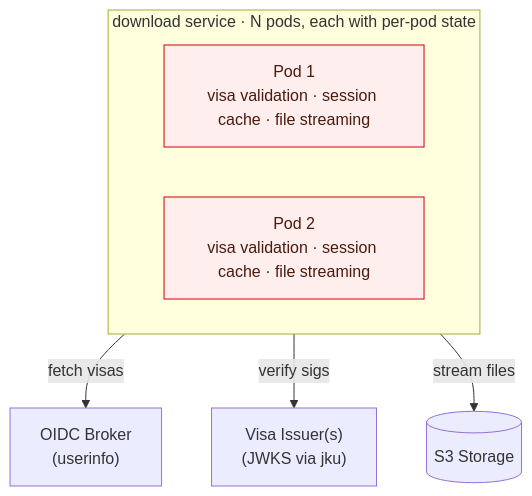
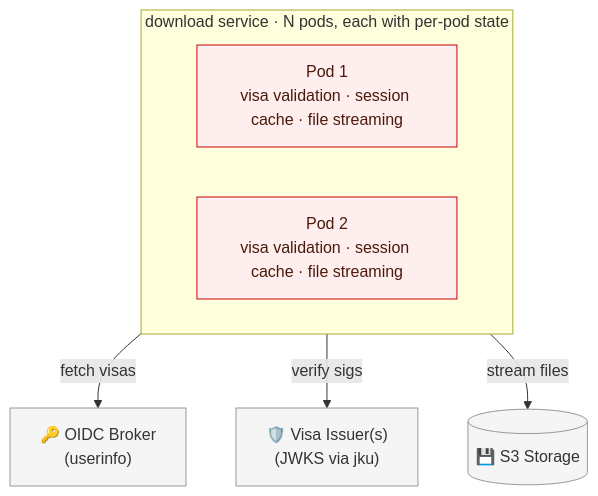
The first of 2 diagrams in docs/decisions/0004-separate-passport-clearinghouse-service.md (neicnordic/sensitive-data-archive), drawn with Mermaid before and after one commit. The commit also changed other lines of this file, not shown here.

First line of the commit message:
docs(adr): improve Mermaid diagrams in ADR-0004

````diff
--- a/docs/decisions/0004-separate-passport-clearinghouse-service.md
+++ b/docs/decisions/0004-separate-passport-clearinghouse-service.md
@@ -124,18 +124,20 @@
 ```mermaid
 flowchart TB
     subgraph pods["download service · N pods, each with per-pod state"]
         D1["Pod 1\nvisa validation · session cache · file streaming"]
         D2["Pod 2\nvisa validation · session cache · file streaming"]
     end
 
-    OIDC["OIDC Broker\n(userinfo)"]
-    JWKS["Visa Issuer(s)\n(JWKS via jku)"]
-    S3[("S3 Storage")]
+    OIDC["🔑 OIDC Broker\n(userinfo)"]
+    JWKS["🛡️ Visa Issuer(s)\n(JWKS via jku)"]
+    S3[("💾 S3 Storage")]
 
     pods -->|"fetch visas"| OIDC
     pods -->|"verify sigs"| JWKS
     pods -->|"stream files"| S3
 
-    style D1 fill:#fee,stroke:#c00,color:#4a1b0c
-    style D2 fill:#fee,stroke:#c00,color:#4a1b0c
+    classDef stateful fill:#fee,stroke:#c00,color:#4a1b0c
+    classDef external fill:#f5f5f5,stroke:#999,color:#333
+    class D1,D2 stateful
+    class OIDC,JWKS,S3 external
 ```
````
